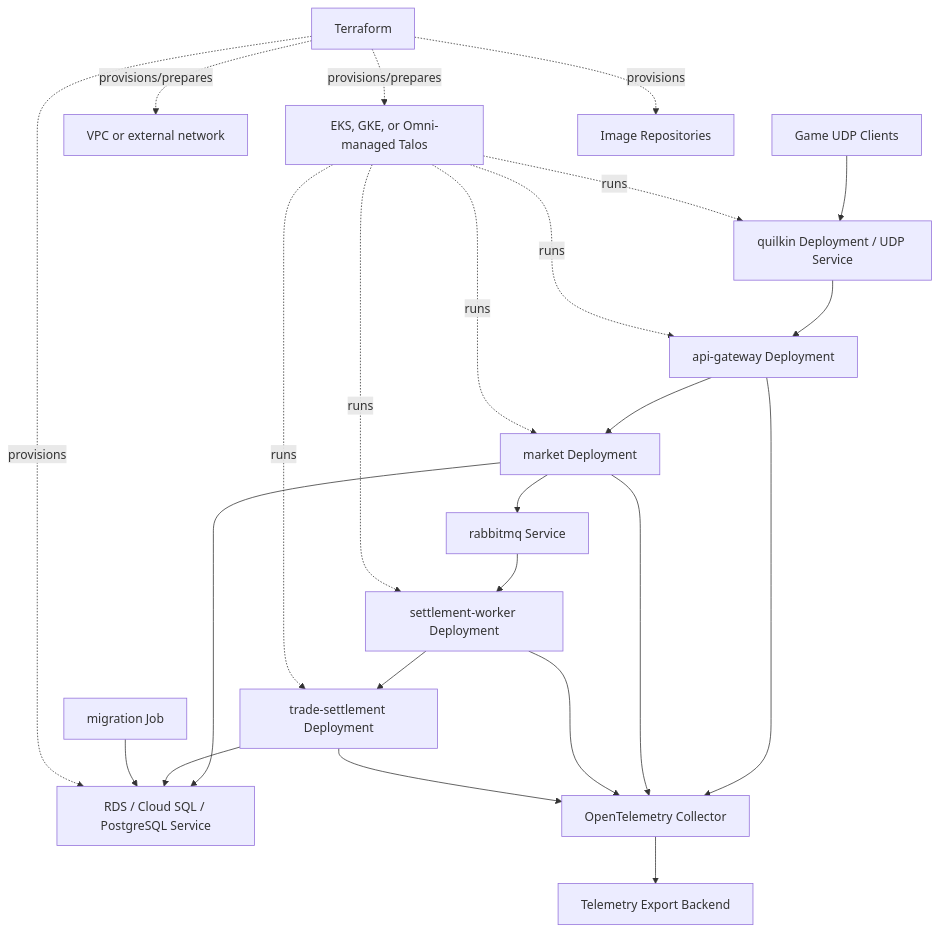
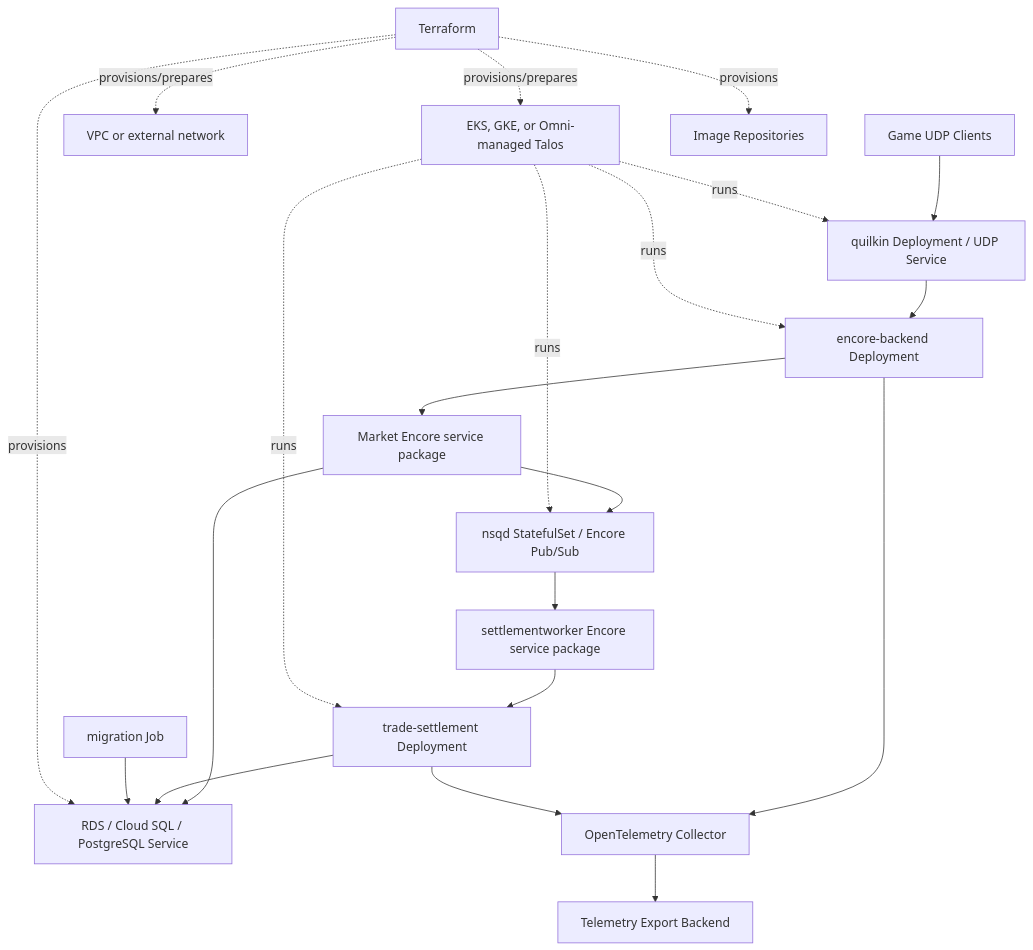
The diagram in Architecture/ISO-42010/06-deployment-operations-view.md (QuasarRay/eve-trade), drawn with Mermaid before and after one commit. The commit also changed other lines of this file and 1036 other files, not shown here.

````diff
--- a/Architecture/ISO-42010/06-deployment-operations-view.md
+++ b/Architecture/ISO-42010/06-deployment-operations-view.md
@@ -55,28 +55,25 @@
 ```mermaid
 flowchart TB
   Internet["Game UDP Clients"] --> Quilkin["quilkin Deployment / UDP Service"]
-  Quilkin --> APIGW["api-gateway Deployment"]
-  APIGW --> Market["market Deployment"]
-  Market --> Rabbit["rabbitmq Service"]
-  Rabbit --> Worker["settlement-worker Deployment"]
+  Quilkin --> Backend["encore-backend Deployment"]
+  Backend --> Market["Market Encore service package"]
+  Market --> PubSub["nsqd StatefulSet / Encore Pub/Sub"]
+  PubSub --> Worker["settlementworker Encore service package"]
   Worker --> Settlement["trade-settlement Deployment"]
   Market --> DB["RDS / Cloud SQL / PostgreSQL Service"]
   Settlement --> DB
   Migrate["migration Job"] --> DB
 
-  APIGW --> Collector["OpenTelemetry Collector"]
-  Market --> Collector
-  Worker --> Collector
+  Backend --> Collector["OpenTelemetry Collector"]
   Settlement --> Collector
   Collector --> Observability["Telemetry Export Backend"]
 
   Terraform["Terraform"] -. provisions/prepares .-> VPC["VPC or external network"]
   Terraform -. provisions/prepares .-> K8sCloud["EKS, GKE, or Omni-managed Talos"]
   Terraform -. provisions .-> DB
   Terraform -. provisions .-> Images["Image Repositories"]
-  K8sCloud -. runs .-> APIGW
+  K8sCloud -. runs .-> Backend
   K8sCloud -. runs .-> Quilkin
-  K8sCloud -. runs .-> Market
-  K8sCloud -. runs .-> Worker
+  K8sCloud -. runs .-> PubSub
   K8sCloud -. runs .-> Settlement
 ```
````
